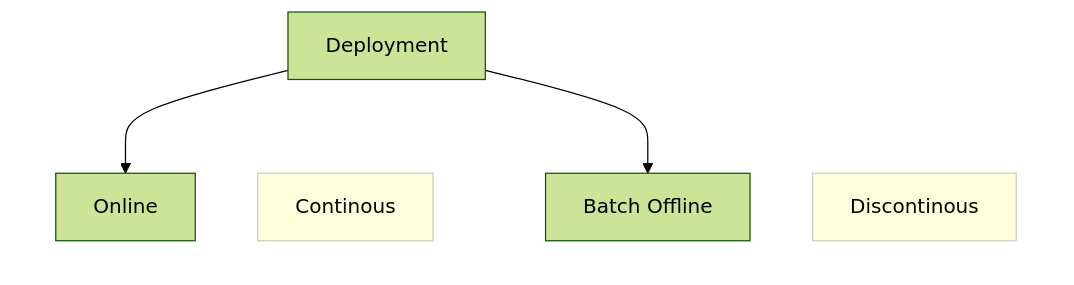
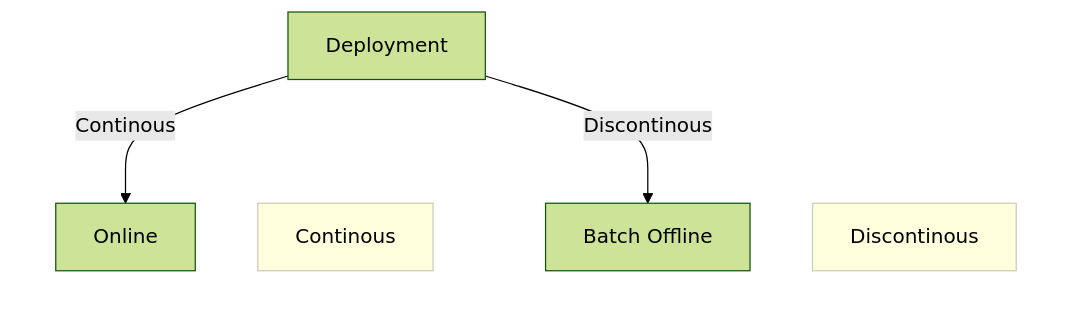
Before and after one commit to mossdet/mlops-dlp: the diagram in week04/README.md, drawn with Mermaid (forest theme).

````diff
--- a/week04/README.md
+++ b/week04/README.md
@@ -3,20 +3,20 @@
 ```mermaid
 graph TD
     classDef sub opacity:0
     classDef note fill:#ffd, stroke:#ccb
 
-    A[Deployment]-->B[Batch Offline];
+    A[Deployment]--> |Discontinous| B[Batch Offline];
     subgraph subB [" "]
         B
         noteB[Discontinous]
     end
 
-    A-->C[Online];
+    A--> |Continous| C[Online];
     subgraph subC [" "]
         C
         noteC[Continous]
     end
 
     class subA,subB,subC sub
     class noteA,noteB,noteC note
 ```
````
